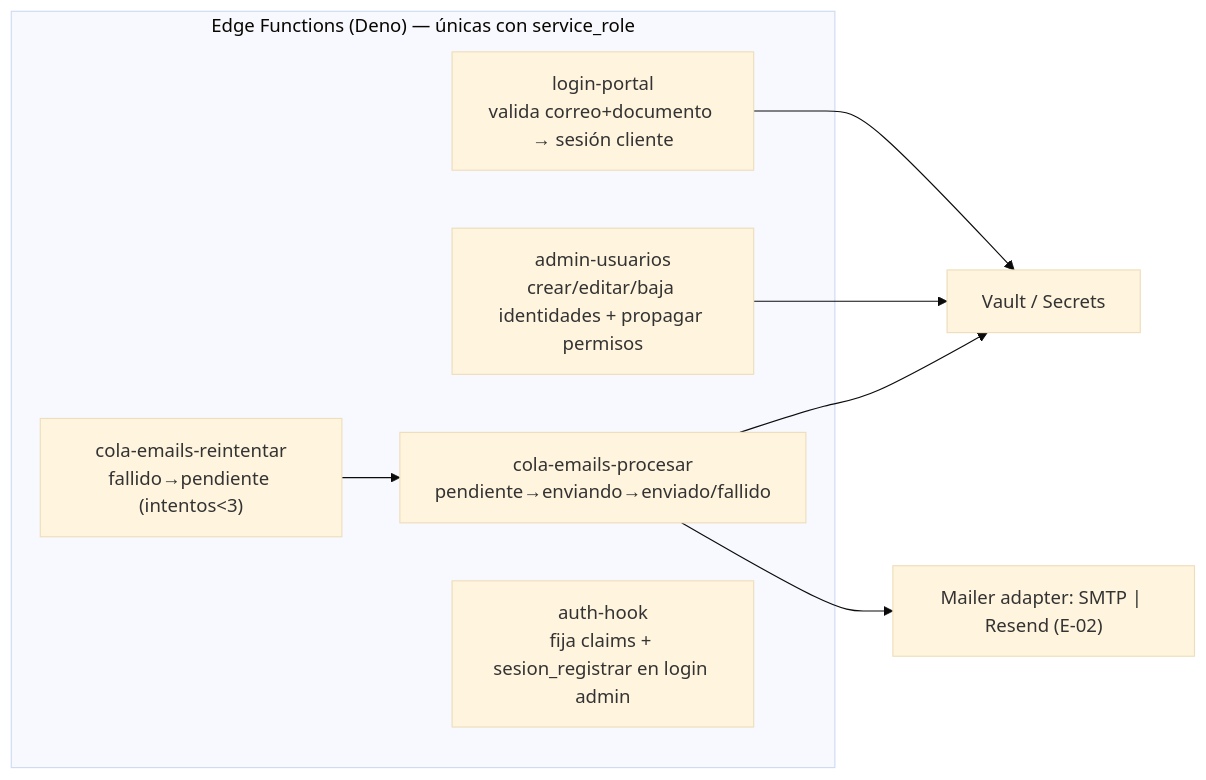
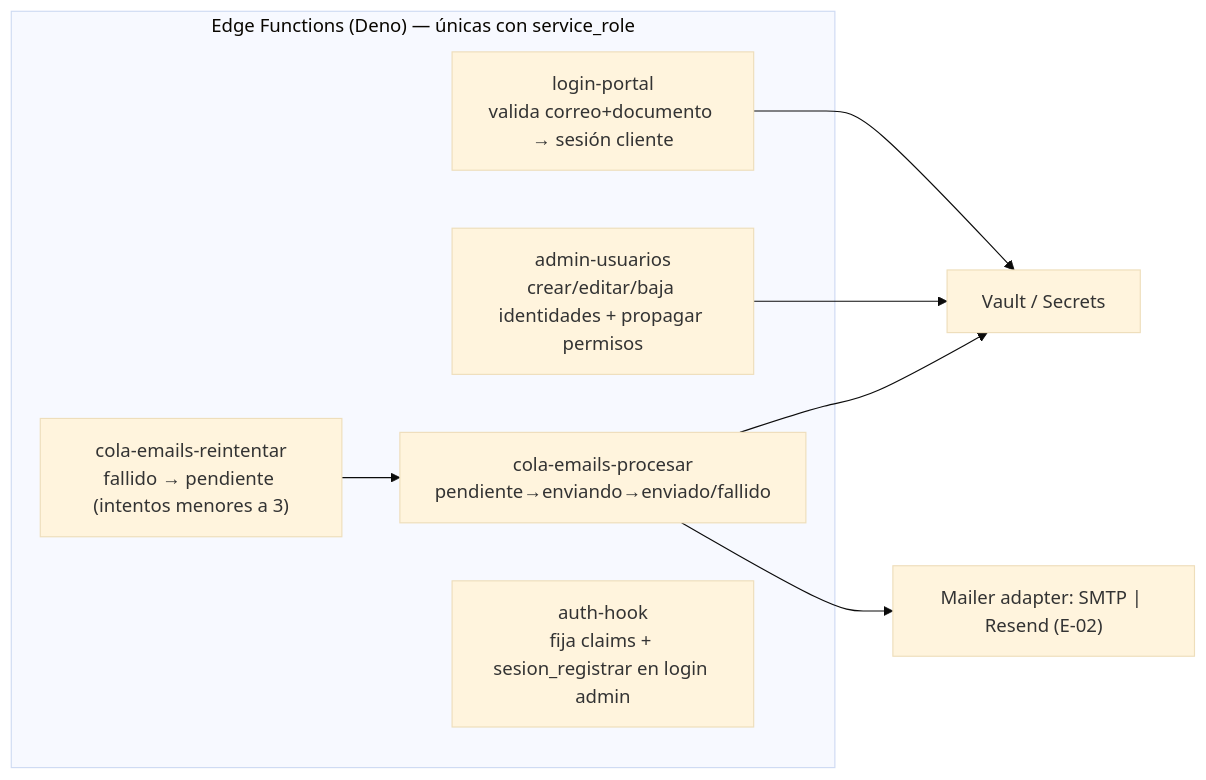
Before and after one commit to SantillanMJoseM/PoryectoTaller: the fourth of 7 diagrams in docs/architecture/COMPONENT_DIAGRAM.md, drawn with Mermaid (base theme). The commit also changed other lines of this file and 8 other files, not shown here.

````diff
--- a/docs/architecture/COMPONENT_DIAGRAM.md
+++ b/docs/architecture/COMPONENT_DIAGRAM.md
@@ -203,17 +203,17 @@
 ```mermaid
 graph LR
   subgraph EF["Edge Functions (Deno) — únicas con service_role"]
     E1["login-portal<br/>valida correo+documento → sesión cliente"]
     E2["admin-usuarios<br/>crear/editar/baja identidades + propagar permisos"]
     E3["cola-emails-procesar<br/>pendiente→enviando→enviado/fallido"]
-    E4["cola-emails-reintentar<br/>fallido→pendiente (intentos<3)"]
+    E4["cola-emails-reintentar<br/>fallido → pendiente (intentos menores a 3)"]
     E5["auth-hook<br/>fija claims + sesion_registrar en login admin"]
   end
   S1["Mailer adapter: SMTP | Resend (E-02)"]
   V1["Vault / Secrets"]
   E1 --> V1
   E2 --> V1
   E3 --> S1
   E4 --> E3
   E3 --> V1
 ```
````
